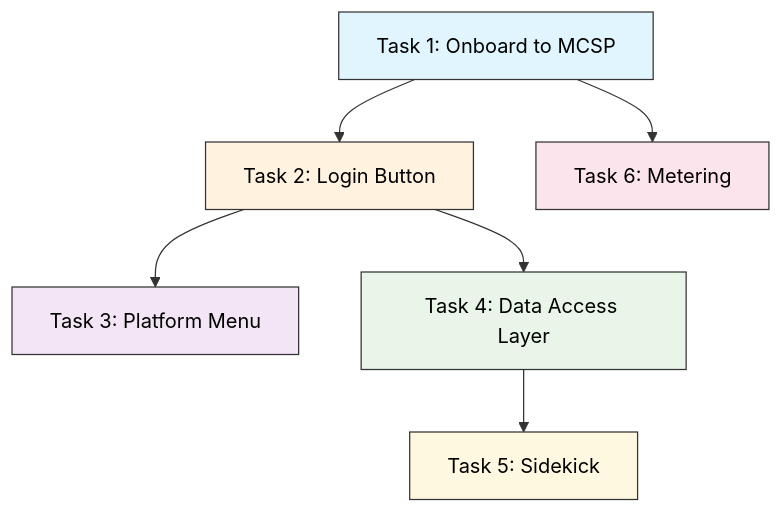
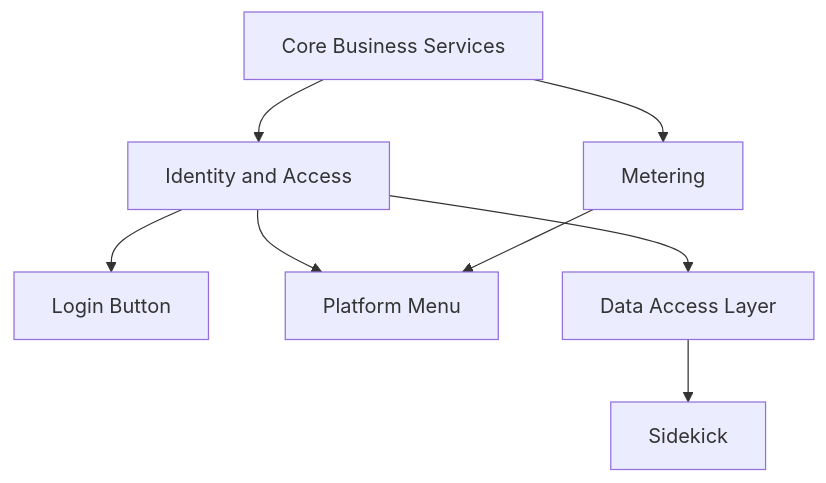
The diagram in index.mdx (vlukashov/acme-docs), drawn with Mermaid before and after one commit. The commit also changed other lines of this file and 19 other files, not shown here.

````diff
--- a/index.mdx
+++ b/index.mdx
@@ -46,15 +42,10 @@
 ```mermaid
 graph TD
-    A[Task 1: Onboard to MCSP] --> B[Task 2: Login Button]
-    A --> F[Task 6: Metering]
-    B --> C[Task 3: Platform Menu]
-    B --> D[Task 4: Data Access Layer]
-    D --> E[Task 5: Sidekick]
-
-    style A fill:#e1f5fe,stroke:#333,color:#000
-    style B fill:#fff3e0,stroke:#333,color:#000
-    style C fill:#f3e5f5,stroke:#333,color:#000
-    style D fill:#e8f5e8,stroke:#333,color:#000
-    style E fill:#fff8e1,stroke:#333,color:#000
-    style F fill:#fce4ec,stroke:#333,color:#000
+    A[Core Business Services] --> B[Identity and Access]
+    A --> C[Metering]
+    B --> D[Login Button]
+    B --> E[Platform Menu]
+    C --> E
+    B --> F[Data Access Layer]
+    F --> G[Sidekick]
 ```
````
